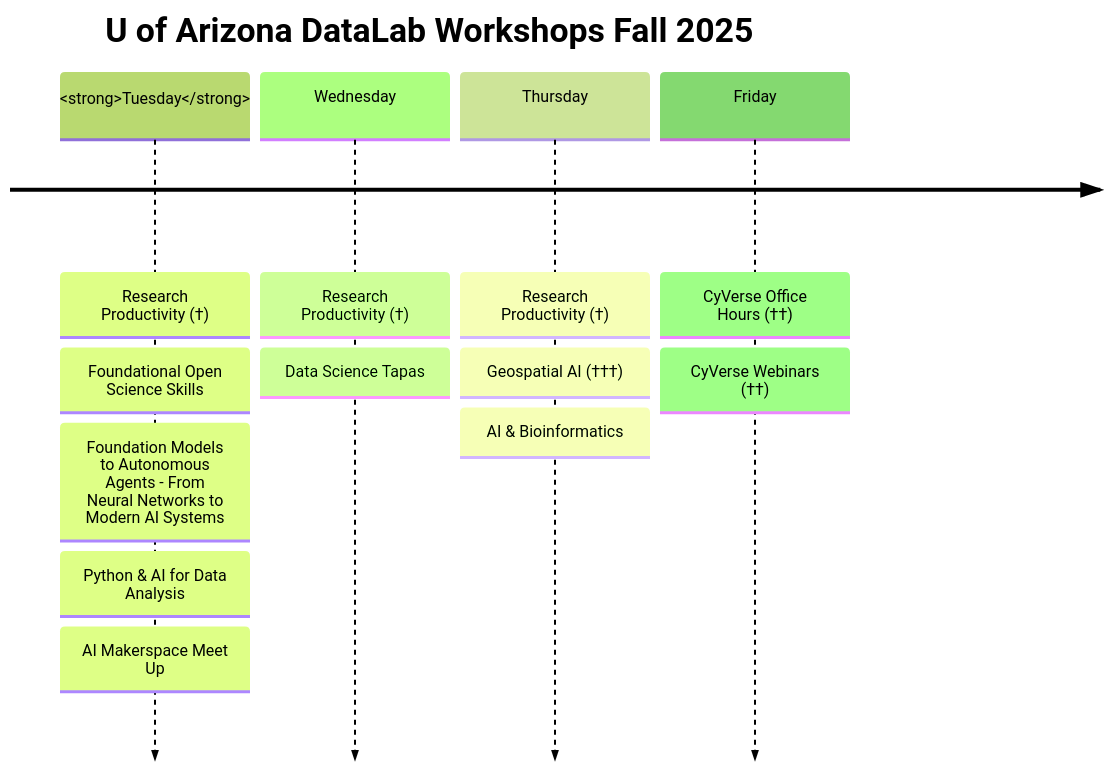
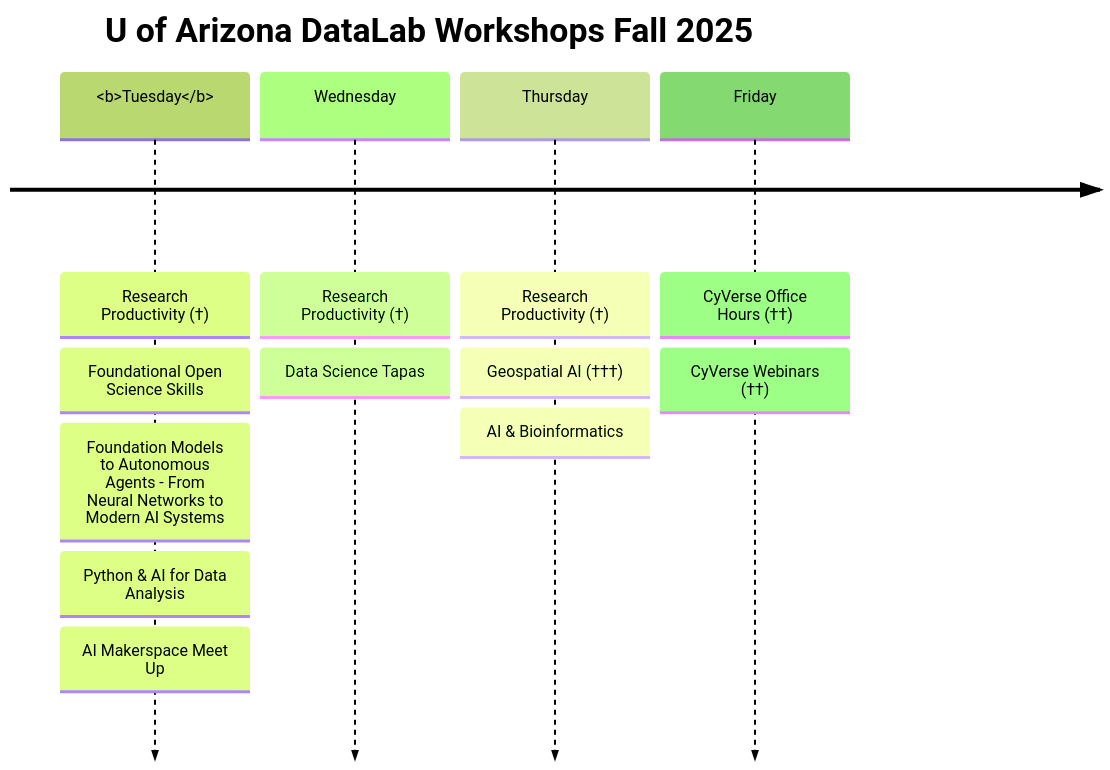
One commit to ua-datalab/ua-datalab.github.io changed the diagram in docs/index.md. Above: the diagram before and after it, drawn with Mermaid. The commit also changed other lines of this file, not shown here.

````diff
--- a/docs/index.md
+++ b/docs/index.md
@@ -31,17 +31,17 @@
 ```mermaid
 %%{init: { 'logLevel': 'debug', 'theme': 'forest', 'disableMulticolor': 'True' } }%%
 timeline
     title U of Arizona DataLab Workshops Fall 2025
-    <strong>Tuesday</strong> : Research Productivity (†)
+    <b>Tuesday</b> : Research Productivity (†)
             : Foundational Open Science Skills
 	    : Foundation Models to Autonomous Agents - From Neural Networks to Modern AI Systems
 	    : Python & AI for Data Analysis
 	    : AI Makerspace Meet Up
     Wednesday : Research Productivity (†)
 	    : Data Science Tapas
     Thursday : Research Productivity (†)
              : Geospatial AI (†††)
     	     : AI & Bioinformatics 
     Friday : CyVerse Office Hours (††)
     	   : CyVerse Webinars (††)
 ```
````
